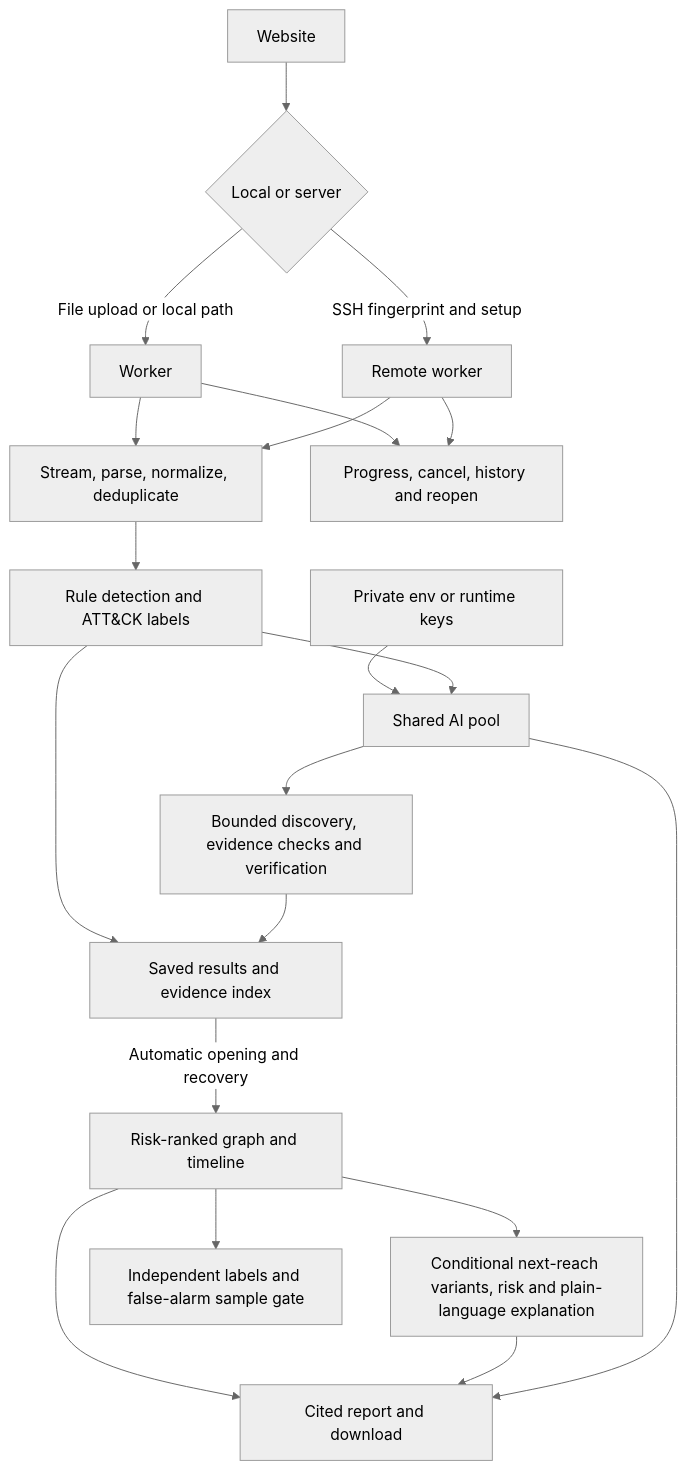
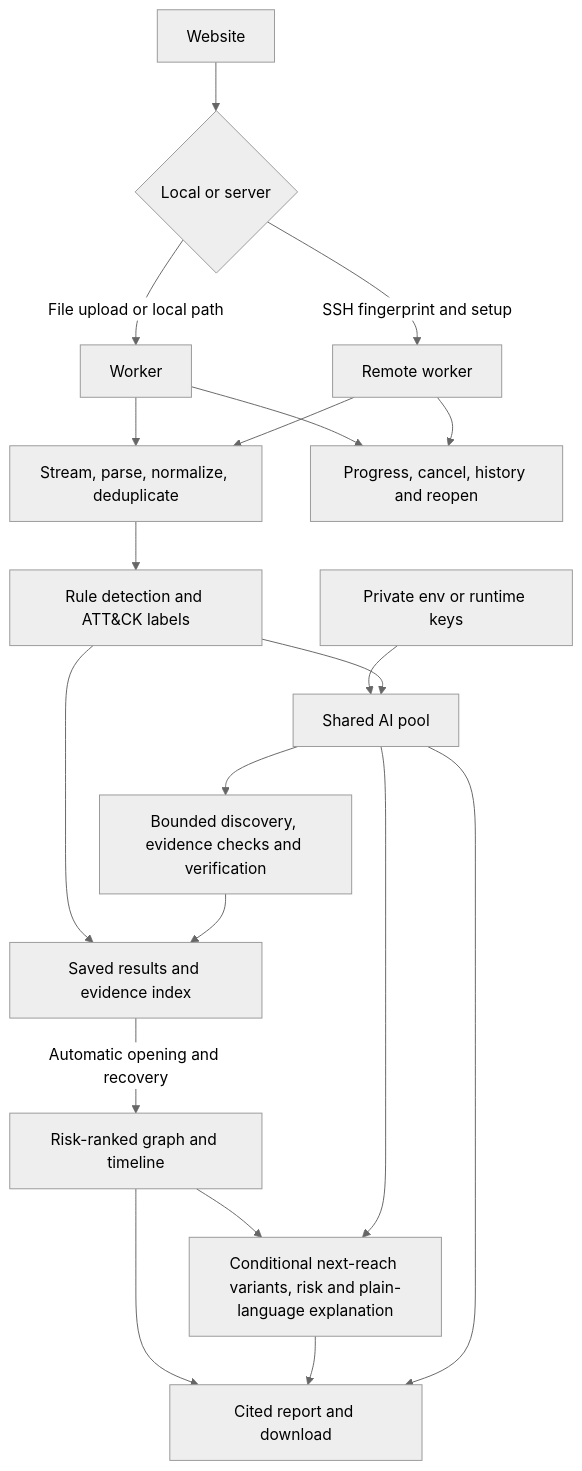
Before and after one commit to Z3R0x7/TraceWeave: the diagram in README.md, drawn with Mermaid (neutral theme). The commit also changed other lines of this file, not shown here.

````diff
--- a/README.md
+++ b/README.md
@@ -33,22 +37,22 @@
 ```mermaid
 flowchart TD
     UI[Website] --> MODE{Local or server}
     MODE -->|File upload or local path| W[Worker]
     MODE -->|SSH fingerprint and setup| S[Remote worker]
     W --> P[Stream, parse, normalize, deduplicate]
     S --> P
     P --> D[Rule detection and ATT&CK labels]
     K[Private env or runtime keys] --> H[Shared AI pool]
     D --> H
     H --> V[Bounded discovery, evidence checks and verification]
     D --> R[Saved results and evidence index]
     V --> R
     R -->|Automatic opening and recovery| G[Risk-ranked graph and timeline]
     G --> N[Conditional next-reach variants, risk and plain-language explanation]
     G --> T[Cited report and download]
     N --> T
     H --> T
-    G --> Q[Independent labels and false-alarm sample gate]
+    H --> N
     W --> J[Progress, cancel, history and reopen]
     S --> J
 ```
````
